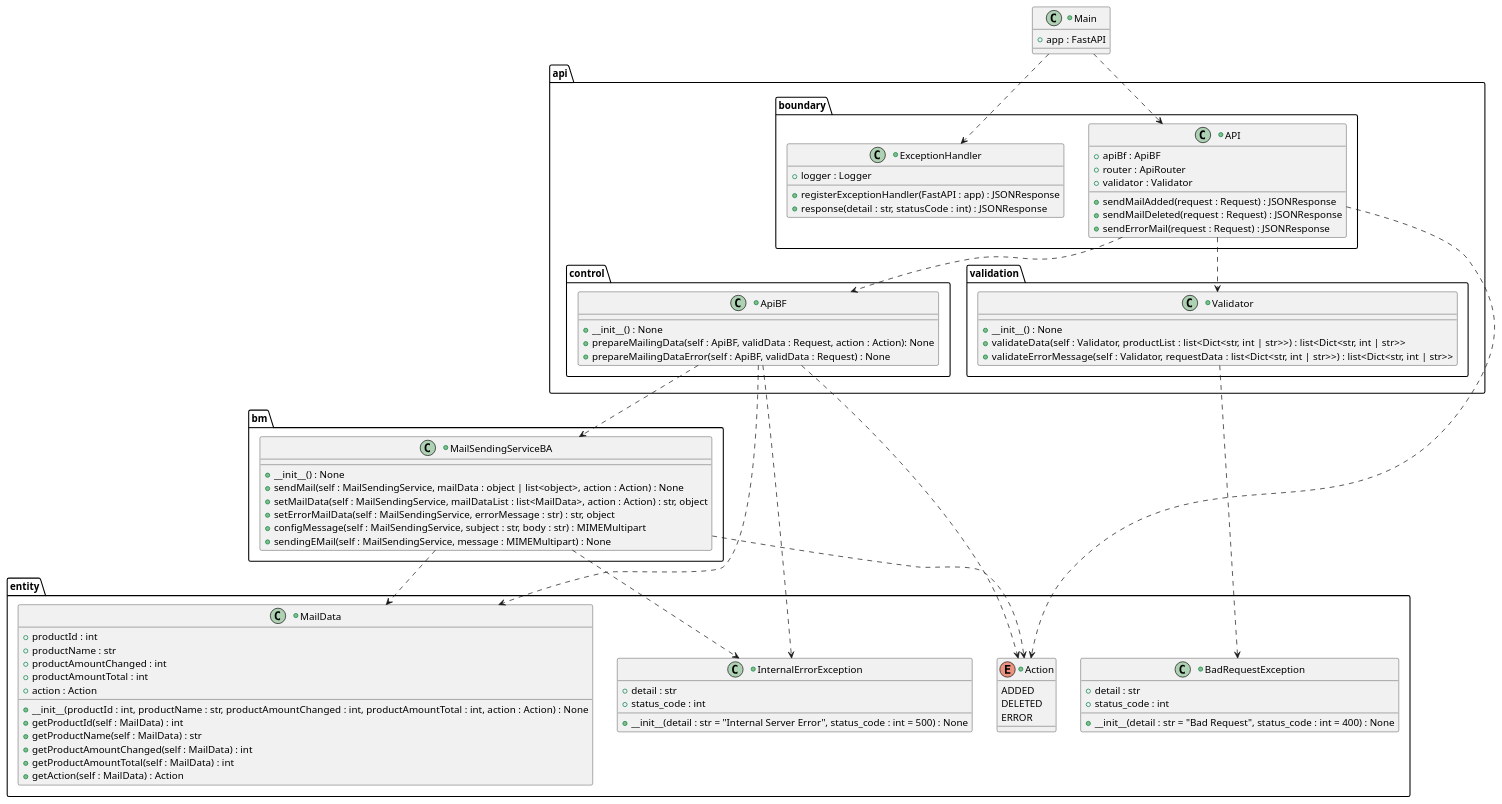
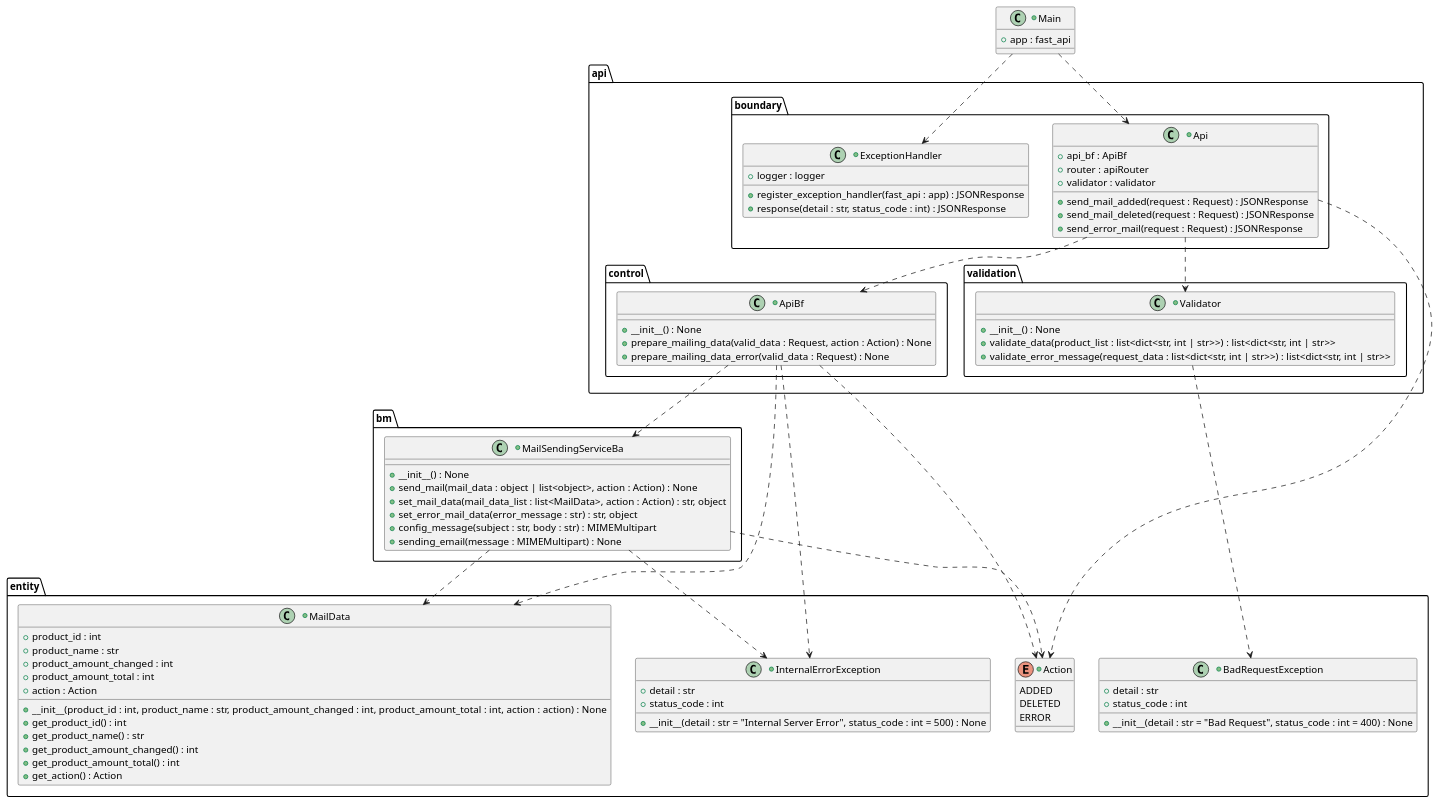
The diagram in doc/documentation/mailingService/classDiagram.puml (Marcey1611/stock-tracker-project-sysad-ws2425), drawn with PlantUML before and after one commit. The commit also changed 16 other files, not shown here.

```diff
--- a/doc/documentation/mailingService/classDiagram.puml
+++ b/doc/documentation/mailingService/classDiagram.puml
@@ -1,111 +1,110 @@
 @startuml
 
 package api {
     package boundary {
-        +class API {
-            +apiBf : ApiBF 
-            +router : ApiRouter 
-            +validator : Validator 
+        +class Api {
+            +api_bf : ApiBf
+            +router : apiRouter
+            +validator : validator
 
-            +sendMailAdded(request : Request) : JSONResponse
-            +sendMailDeleted(request : Request) : JSONResponse
-            +sendErrorMail(request : Request) : JSONResponse
+            +send_mail_added(request : Request) : JSONResponse
+            +send_mail_deleted(request : Request) : JSONResponse
+            +send_error_mail(request : Request) : JSONResponse
         }
 
         +class ExceptionHandler {
-            +logger : Logger
+            +logger : logger
 
-            +registerExceptionHandler(FastAPI : app) : JSONResponse
-            +response(detail : str, statusCode : int) : JSONResponse            
+            +register_exception_handler(fast_api : app) : JSONResponse
+            +response(detail : str, status_code : int) : JSONResponse
         }
     }
 
     package control {
-        +class ApiBF {
+        +class ApiBf {
             +__init__() : None
-            +prepareMailingData(self : ApiBF, validData : Request, action : Action): None
-            +prepareMailingDataError(self : ApiBF, validData : Request) : None
+            +prepare_mailing_data(valid_data : Request, action : Action) : None
+            +prepare_mailing_data_error(valid_data : Request) : None
         }
     }
 
     package validation {
         +class Validator {
             +__init__() : None
-            +validateData(self : Validator, productList : list<Dict<str, int | str>>) : list<Dict<str, int | str>>
-            +validateErrorMessage(self : Validator, requestData : list<Dict<str, int | str>>) : list<Dict<str, int | str>> 
+            +validate_data(product_list : list<dict<str, int | str>>) : list<dict<str, int | str>>
+            +validate_error_message(request_data : list<dict<str, int | str>>) : list<dict<str, int | str>>
         }
     }
 }
 
 package bm {
-    +class MailSendingServiceBA {
+    +class MailSendingServiceBa {
         +__init__() : None
-        +sendMail(self : MailSendingService, mailData : object | list<object>, action : Action) : None
-        +setMailData(self : MailSendingService, mailDataList : list<MailData>, action : Action) : str, object 
-        +setErrorMailData(self : MailSendingService, errorMessage : str) : str, object 
-        +configMessage(self : MailSendingService, subject : str, body : str) : MIMEMultipart
-        +sendingEMail(self : MailSendingService, message : MIMEMultipart) : None
+        +send_mail(mail_data : object | list<object>, action : Action) : None
+        +set_mail_data(mail_data_list : list<MailData>, action : Action) : str, object
+        +set_error_mail_data(error_message : str) : str, object
+        +config_message(subject : str, body : str) : MIMEMultipart
+        +sending_email(message : MIMEMultipart) : None
     }
 }
 
 package entity {
     +class MailData {
-        +productId : int
-        +productName : str
-        +productAmountChanged : int
-        +productAmountTotal : int
+        +product_id : int
+        +product_name : str
+        +product_amount_changed : int
+        +product_amount_total : int
         +action : Action
 
-        +__init__(productId : int, productName : str, productAmountChanged : int, productAmountTotal : int, action : Action) : None
-        +getProductId(self : MailData) : int
-        +getProductName(self : MailData) : str
-        +getProductAmountChanged(self : MailData) : int
-        +getProductAmountTotal(self : MailData) : int
-        +getAction(self : MailData) : Action
+        +__init__(product_id : int, product_name : str, product_amount_changed : int, product_amount_total : int, action : action) : None
+        +get_product_id() : int
+        +get_product_name() : str
+        +get_product_amount_changed() : int
+        +get_product_amount_total() : int
+        +get_action() : Action
     }
 
     +enum Action {
         ADDED
         DELETED
         ERROR
     }
 
     +class InternalErrorException {
         +detail : str
         +status_code : int
-        
+
         +__init__(detail : str = "Internal Server Error", status_code : int = 500) : None
     }
 
     +class BadRequestException {
         +detail : str
         +status_code : int
 
         +__init__(detail : str = "Bad Request", status_code : int = 400) : None
-
     }
 }
 
 +class Main {
-    +app : FastAPI
+    +app : fast_api
 }
 
 Main ..> ExceptionHandler
-Main ..> API
+Main ..> Api
 
-API ..> Validator
-API ..> ApiBF
-API ..> Action
+Api ..> Validator
+Api ..> ApiBf
+Api ..> Action
 
-ApiBF ..> MailData
-ApiBF ..> MailSendingServiceBA
-ApiBF ..> InternalErrorException
-ApiBF ..> Action
+ApiBf ..> MailData
+ApiBf ..> MailSendingServiceBa
+ApiBf ..> InternalErrorException
+ApiBf ..> Action
 
 Validator ..> BadRequestException
 
-MailSendingServiceBA ..> Action
-MailSendingServiceBA ..> InternalErrorException
-MailSendingServiceBA ..> MailData
+MailSendingServiceBa ..> Action
+MailSendingServiceBa ..> InternalErrorException
+MailSendingServiceBa ..> MailData
 
 @enduml
```
